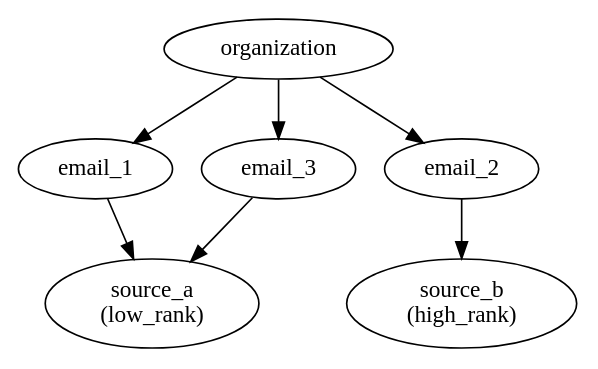
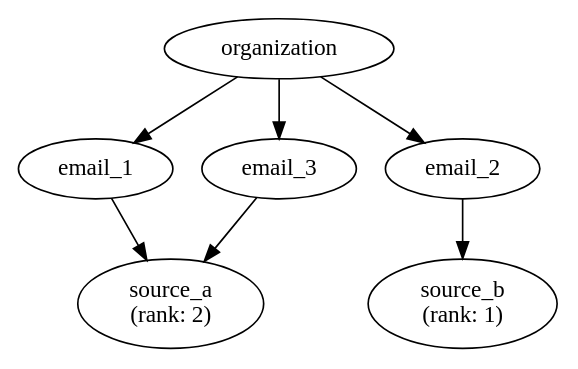
The diagram in docs/graphs/org-email.dot (artsy/bearden), drawn with Graphviz before and after one commit. The commit also changed 2 other files, not shown here.

Commit message:
Revise source rank language and graph

```diff
--- a/docs/graphs/org-email.dot
+++ b/docs/graphs/org-email.dot
@@ -1,9 +1,9 @@
 digraph g {
   organization -> email_1;
   organization -> email_2;
   organization -> email_3;
 
-  email_1 -> "source_a\n(low_rank)";
-  email_2 -> "source_b\n(high_rank)";
-  email_3 -> "source_a\n(low_rank)";
+  email_1 -> "source_a\n(rank: 2)";
+  email_2 -> "source_b\n(rank: 1)";
+  email_3 -> "source_a\n(rank: 2)";
 }
```
